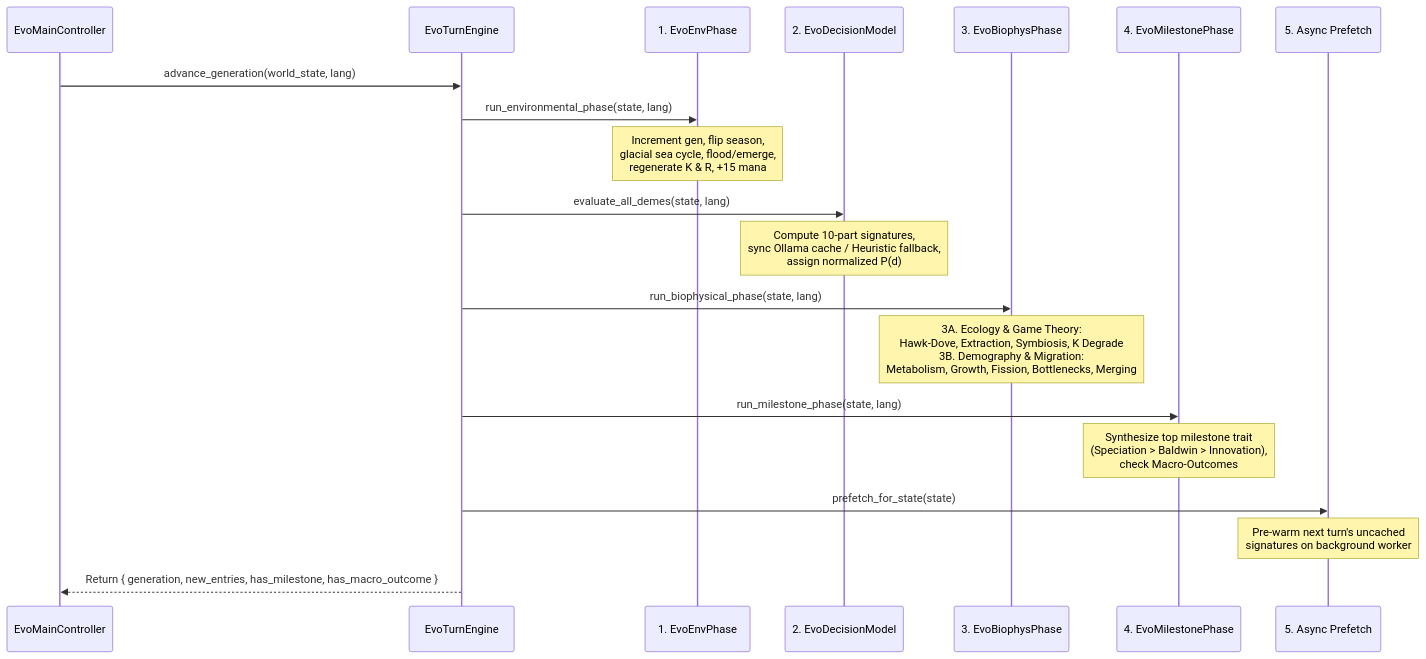
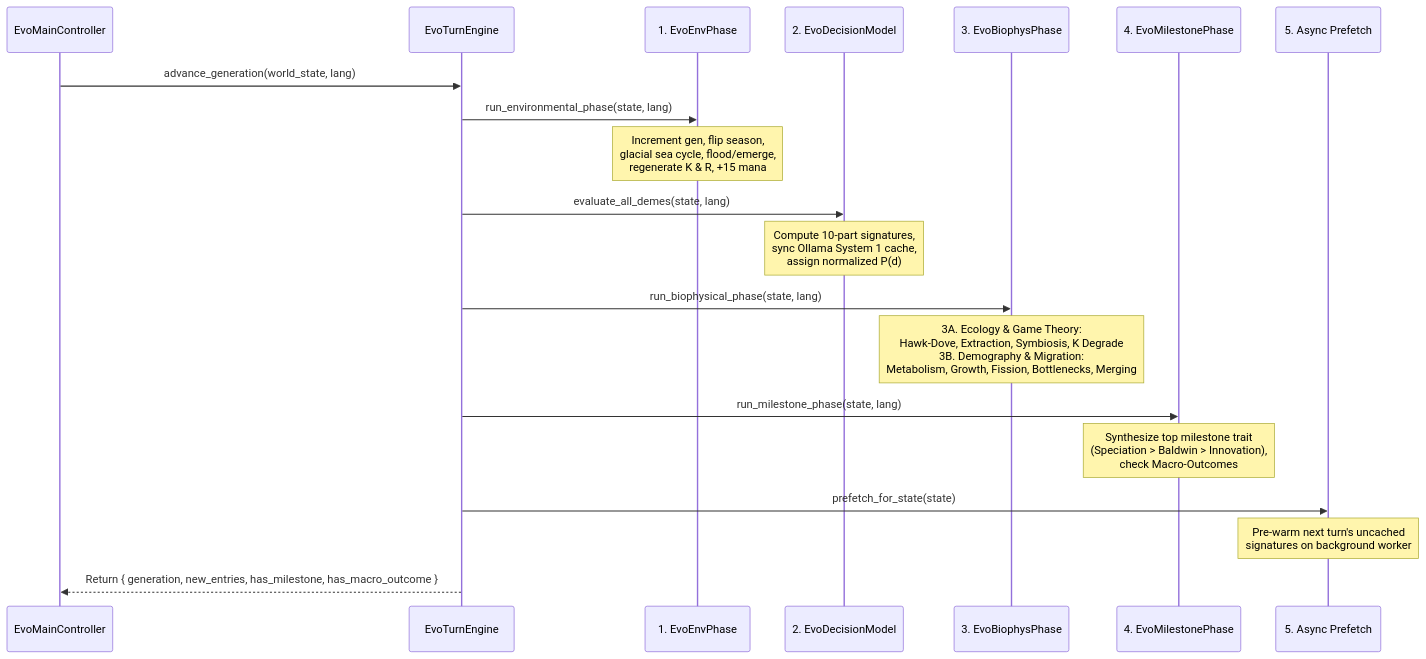
Before and after one commit to arrase/Evolution: the first of 2 diagrams in gh-pages/turn_iterations_mechanics.md, drawn with Mermaid. The commit also changed 15 other files, not shown here.

````diff
--- a/gh-pages/turn_iterations_mechanics.md
+++ b/gh-pages/turn_iterations_mechanics.md
@@ -9,23 +9,23 @@
 ```mermaid
 sequenceDiagram
     participant Main as EvoMainController
     participant Turn as EvoTurnEngine
     participant Env as 1. EvoEnvPhase
     participant Cog as 2. EvoDecisionModel
     participant Bio as 3. EvoBiophysPhase
     participant Mile as 4. EvoMilestonePhase
     participant Pre as 5. Async Prefetch
 
     Main->>Turn: advance_generation(world_state, lang)
     Turn->>Env: run_environmental_phase(state, lang)
     Note over Env: Increment gen, flip season,<br/>glacial sea cycle, flood/emerge,<br/>regenerate K & R, +15 mana
     Turn->>Cog: evaluate_all_demes(state, lang)
-    Note over Cog: Compute 10-part signatures,<br/>sync Ollama cache / Heuristic fallback,<br/>assign normalized P(d)
+    Note over Cog: Compute 10-part signatures,<br/>sync Ollama System 1 cache,<br/>assign normalized P(d)
     Turn->>Bio: run_biophysical_phase(state, lang)
     Note over Bio: 3A. Ecology & Game Theory:<br/>Hawk-Dove, Extraction, Symbiosis, K Degrade<br/>3B. Demography & Migration:<br/>Metabolism, Growth, Fission, Bottlenecks, Merging
     Turn->>Mile: run_milestone_phase(state, lang)
     Note over Mile: Synthesize top milestone trait<br/>(Speciation > Baldwin > Innovation),<br/>check Macro-Outcomes
     Turn->>Pre: prefetch_for_state(state)
     Note over Pre: Pre-warm next turn's uncached<br/>signatures on background worker
     Turn-->>Main: Return { generation, new_entries, has_milestone, has_macro_outcome }
 ```
````
